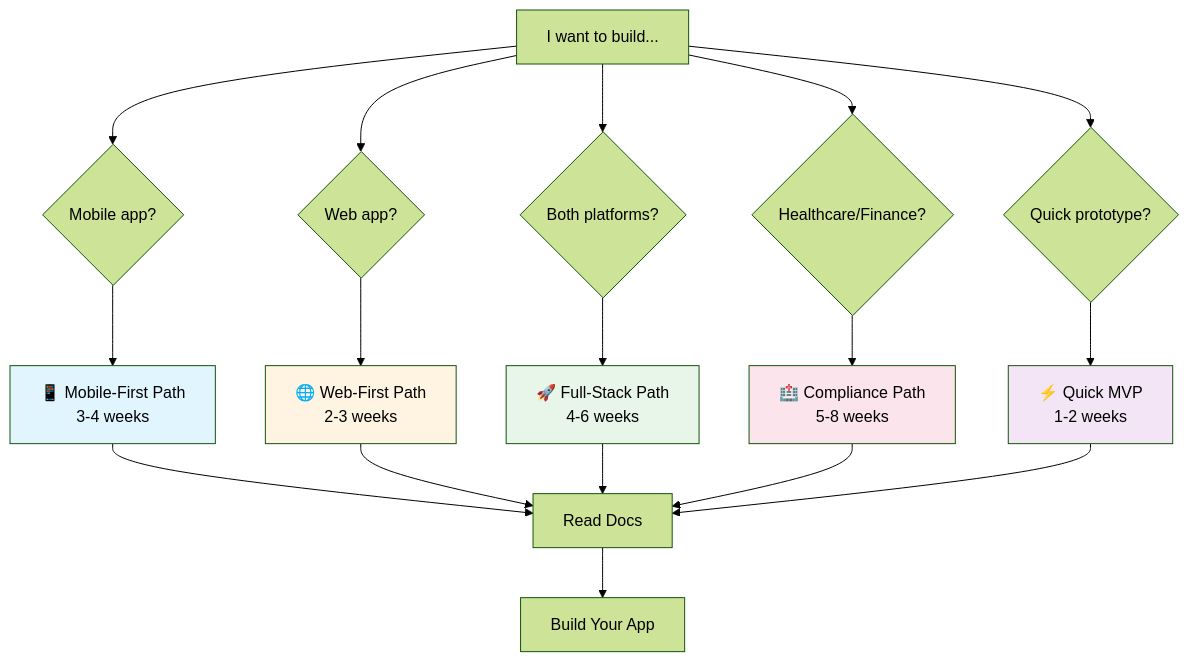
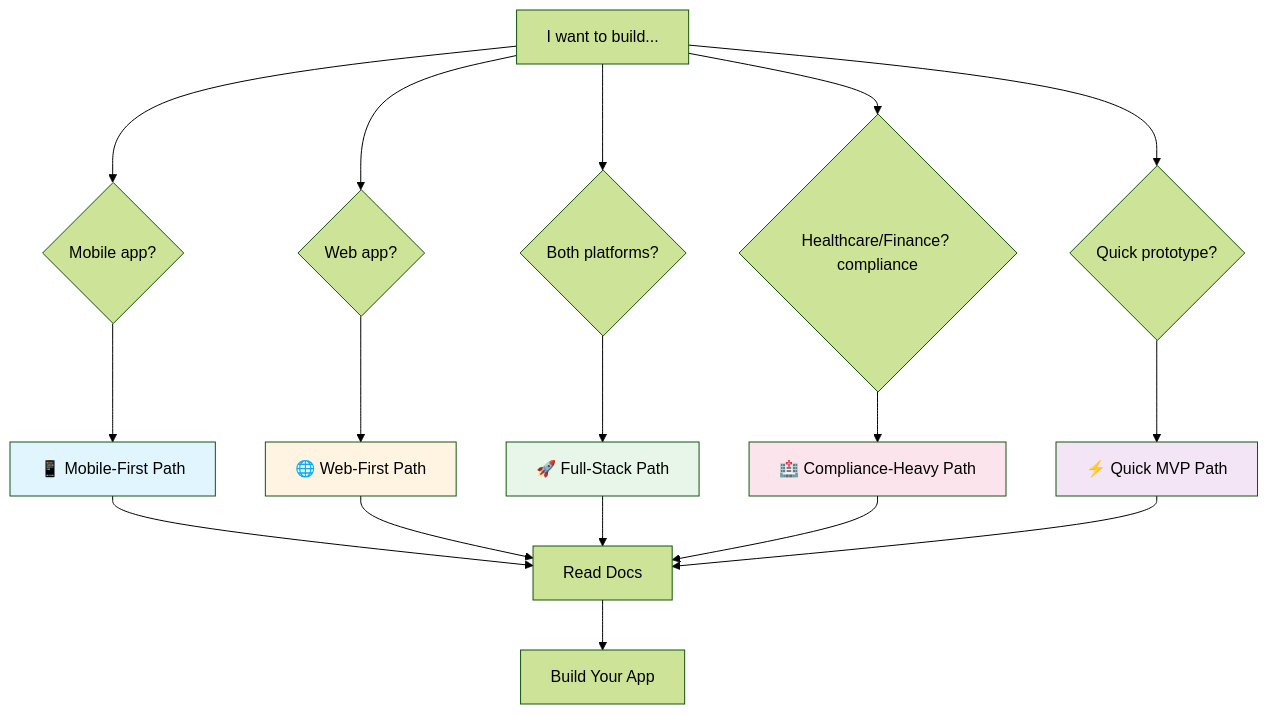
Before and after one commit to willbnu/Product-Blueprint: the first of 2 diagrams in README.md, drawn with Mermaid (forest theme). The commit also changed other lines of this file and 2 other files, not shown here.

````diff
--- a/README.md
+++ b/README.md
@@ -45,34 +47,34 @@
 ```mermaid
 graph TD
     Start[I want to build...] --> Mobile{Mobile app?}
     Start --> Web{Web app?}
     Start --> Both{Both platforms?}
-    Start --> Compliance{Healthcare/Finance?}
+    Start --> Compliance{Healthcare/Finance? compliance}
     Start --> Quick{Quick prototype?}
 
-    Mobile --> MobilePath[📱 Mobile-First Path<br/>3-4 weeks]
-    Web --> WebPath[🌐 Web-First Path<br/>2-3 weeks]
-    Both --> FullPath[🚀 Full-Stack Path<br/>4-6 weeks]
-    Compliance --> CompPath[🏥 Compliance Path<br/>5-8 weeks]
-    Quick --> QuickPath[⚡ Quick MVP<br/>1-2 weeks]
+    Mobile --> MobilePath[📱 Mobile-First Path]
+    Web --> WebPath[🌐 Web-First Path]
+    Both --> FullPath[🚀 Full-Stack Path]
+    Compliance --> CompPath[🏥 Compliance-Heavy Path]
+    Quick --> QuickPath[⚡ Quick MVP Path]
 
     MobilePath --> Docs[Read Docs]
     WebPath --> Docs
     FullPath --> Docs
     CompPath --> Docs
     QuickPath --> Docs
 
     Docs --> Build[Build Your App]
 
-    click MobilePath "https://github.com/willbnu/Product-Blueprint/blob/main/docs/paths/mobile-first-app.md"
-    click WebPath "https://github.com/willbnu/Product-Blueprint/blob/main/docs/paths/web-first-app.md"
-    click FullPath "https://github.com/willbnu/Product-Blueprint/blob/main/docs/paths/full-stack-app.md"
-    click CompPath "https://github.com/willbnu/Product-Blueprint/blob/main/docs/paths/compliance-heavy-app.md"
-    click QuickPath "https://github.com/willbnu/Product-Blueprint/blob/main/docs/paths/quick-mvp.md"
+    click MobilePath "https://github.com/willbnu/Product-Blueprint/blob/main/docs/paths/mobile-first-app.md" "Mobile-First App Path"
+    click WebPath "https://github.com/willbnu/Product-Blueprint/blob/main/docs/paths/web-first-app.md" "Web-First App Path"
+    click FullPath "https://github.com/willbnu/Product-Blueprint/blob/main/docs/paths/full-stack-app.md" "Full-Stack App Path"
+    click CompPath "https://github.com/willbnu/Product-Blueprint/blob/main/docs/paths/compliance-heavy-app.md" "Compliance-Heavy App Path"
+    click QuickPath "https://github.com/willbnu/Product-Blueprint/blob/main/docs/paths/quick-mvp.md" "Quick MVP Path"
 
     style MobilePath fill:#e1f5ff
     style WebPath fill:#fff4e1
     style FullPath fill:#e8f5e9
     style CompPath fill:#fce4ec
     style QuickPath fill:#f3e5f5
 ```
````
